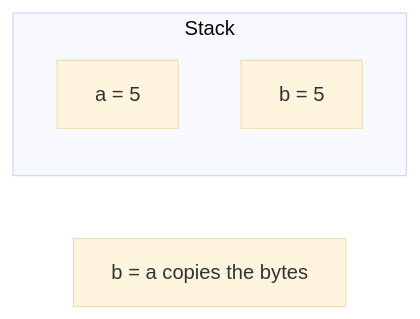
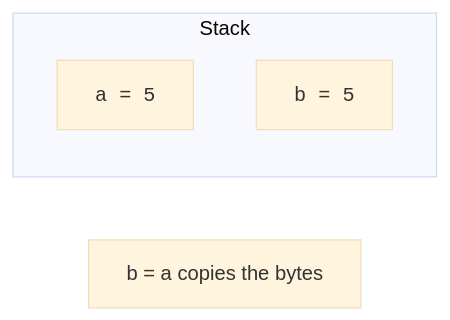
Before and after one commit to dataslope/dataslope: the second of 4 diagrams in content/learn/intro-modern-csharp/type-system.mdx, drawn with Mermaid (base theme). The commit also changed other lines of this file and 218 other files, not shown here.

First line of the commit message:
Render code-only mermaid shapes in monospace; convert step sequences to Steps (#467)

````diff
--- a/content/learn/intro-modern-csharp/type-system.mdx
+++ b/content/learn/intro-modern-csharp/type-system.mdx
@@ -163,8 +163,8 @@
 ```mermaid
 flowchart LR
     subgraph Stack
-        A["a = 5"]
-        B["b = 5"]
+        A["<code>a = 5</code>"]
+        B["<code>b = 5</code>"]
     end
     Note["b = a copies the bytes"]
 ```
````
